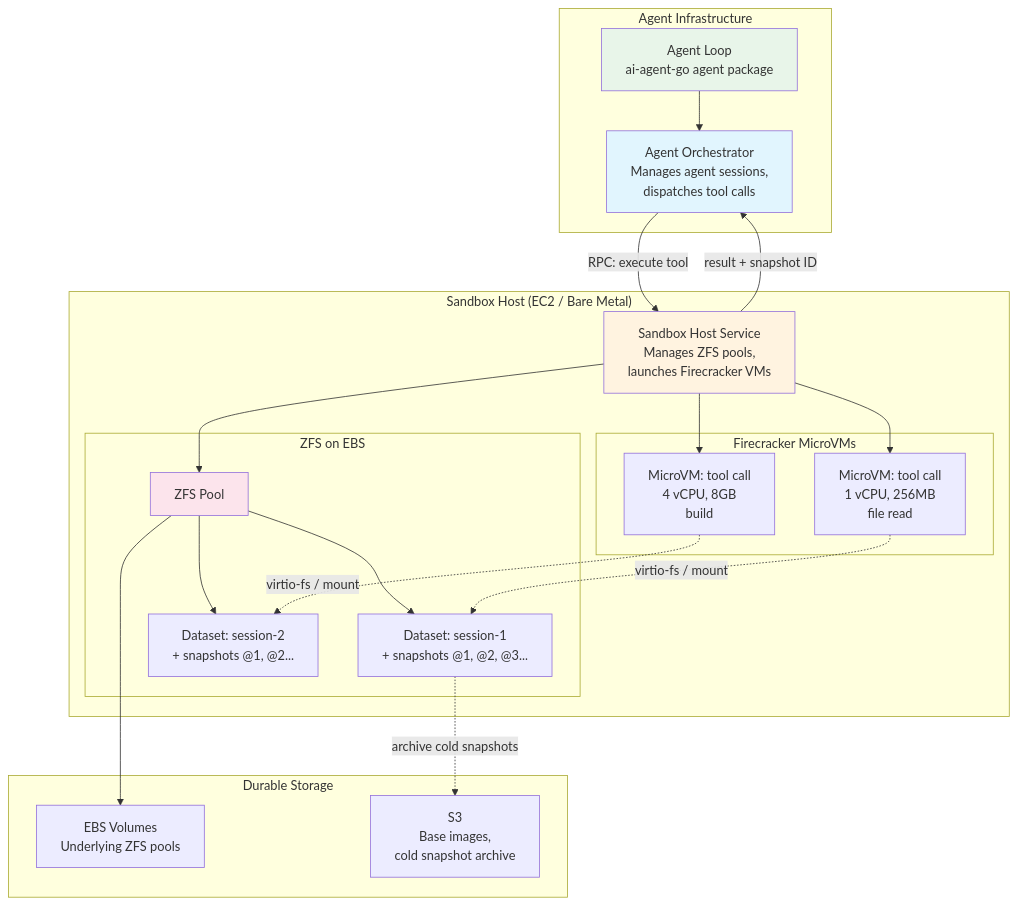
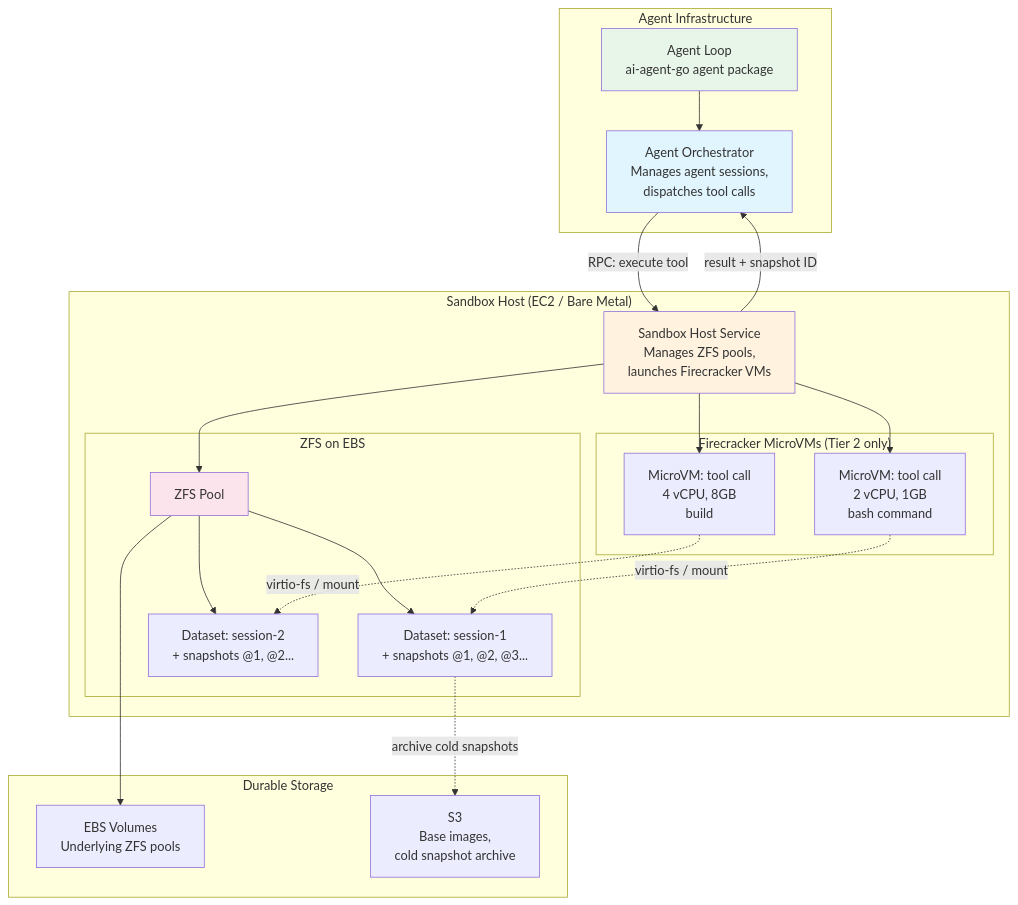
One commit to dcosson/flex-agent-runtime changed the first of 3 diagrams in docs/shaping/cloud-sandbox-runtime.md. Above: the diagram before and after it, drawn with Mermaid. The commit also changed other lines of this file, not shown here.

````diff
--- a/docs/shaping/cloud-sandbox-runtime.md
+++ b/docs/shaping/cloud-sandbox-runtime.md
@@ -293,46 +233,46 @@
 ```mermaid
 graph TB
     subgraph "Agent Infrastructure"
         AO[Agent Orchestrator<br/>Manages agent sessions,<br/>dispatches tool calls]
         AL[Agent Loop<br/>ai-agent-go agent package]
     end
 
     subgraph "Sandbox Host (EC2 / Bare Metal)"
         SHS[Sandbox Host Service<br/>Manages ZFS pools,<br/>launches Firecracker VMs]
 
         subgraph "ZFS on EBS"
             ZP[ZFS Pool]
             DS1[Dataset: session-1<br/>+ snapshots @1, @2, @3...]
             DS2[Dataset: session-2<br/>+ snapshots @1, @2...]
             ZP --> DS1
             ZP --> DS2
         end
 
-        subgraph "Firecracker MicroVMs"
-            VM1[MicroVM: tool call<br/>1 vCPU, 256MB<br/>file read]
+        subgraph "Firecracker MicroVMs (Tier 2 only)"
+            VM1[MicroVM: tool call<br/>2 vCPU, 1GB<br/>bash command]
             VM2[MicroVM: tool call<br/>4 vCPU, 8GB<br/>build]
         end
 
         SHS --> ZP
         SHS --> VM1
         SHS --> VM2
         VM1 -.->|"virtio-fs / mount"| DS1
         VM2 -.->|"virtio-fs / mount"| DS2
     end
 
     subgraph "Durable Storage"
         EBS[EBS Volumes<br/>Underlying ZFS pools]
         S3[S3<br/>Base images,<br/>cold snapshot archive]
     end
 
     AL --> AO
     AO -->|"RPC: execute tool"| SHS
     SHS -->|"result + snapshot ID"| AO
     ZP --> EBS
     DS1 -.->|"archive cold snapshots"| S3
 
     style AL fill:#e8f5e9
     style AO fill:#e1f5fe
     style SHS fill:#fff3e0
     style ZP fill:#fce4ec
 ```
````
